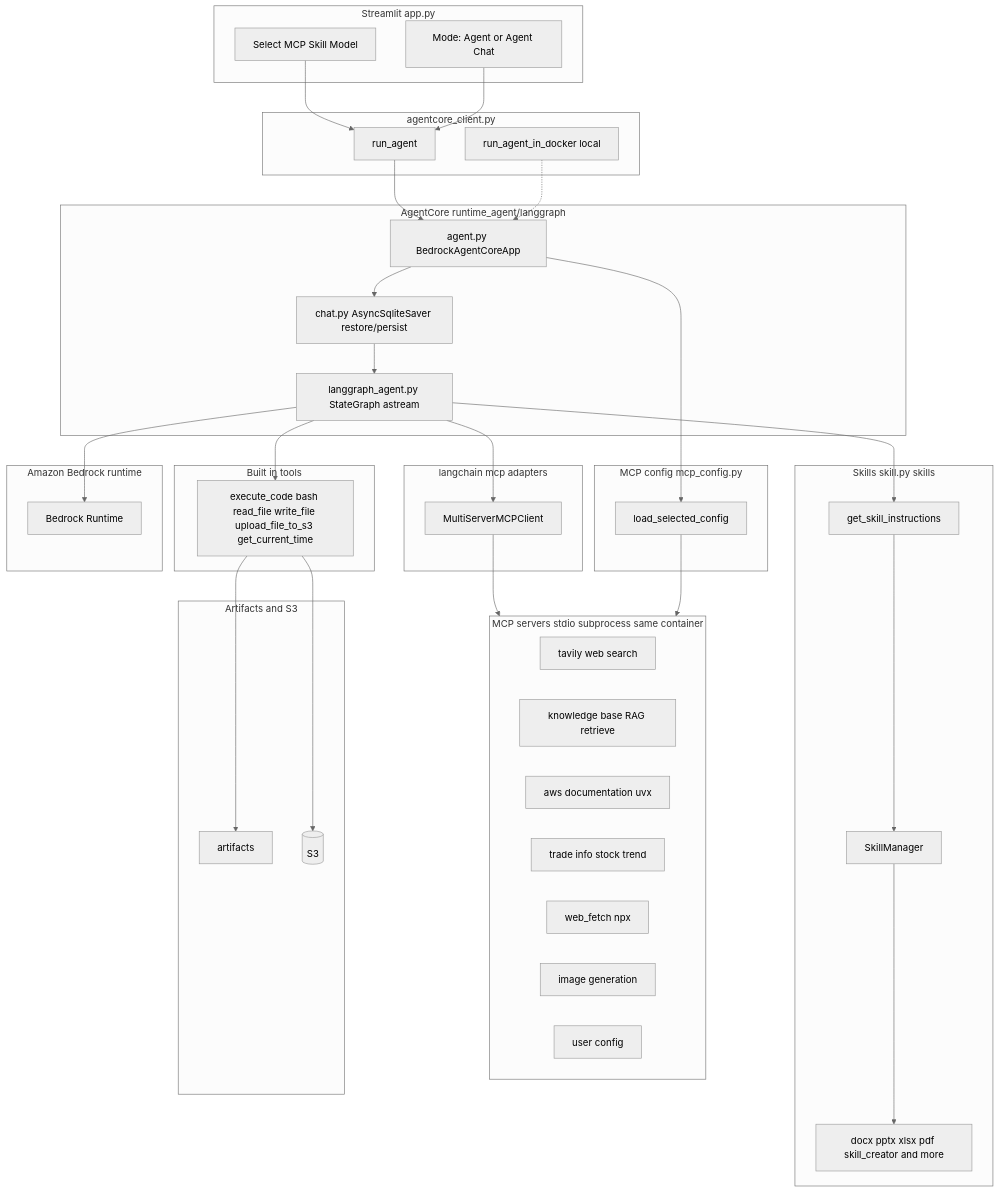
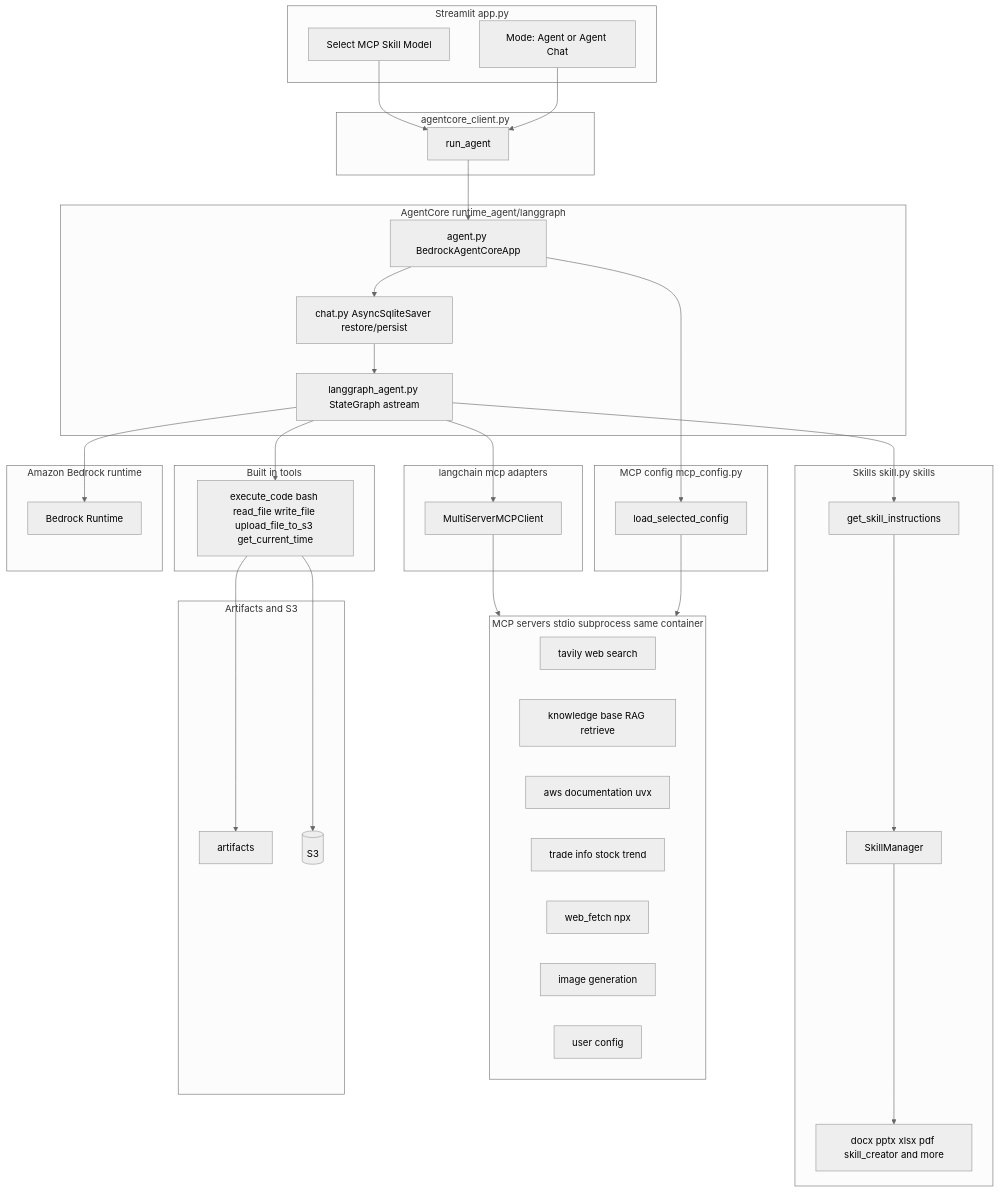
Before and after one commit to kyopark2014/agentic-work: the first of 3 diagrams in README.md, drawn with Mermaid (neutral theme). The commit also changed other lines of this file and 10 other files, not shown here.

````diff
--- a/README.md
+++ b/README.md
@@ -21,77 +21,75 @@
 ```mermaid
 flowchart TB
   subgraph UI["Streamlit app.py"]
     MODE["Mode: Agent or Agent Chat"]
     SEL["Select MCP Skill Model"]
   end
 
   subgraph Client["agentcore_client.py"]
     RA[run_agent]
-    RD["run_agent_in_docker local"]
   end
 
   subgraph Runtime["AgentCore runtime_agent/langgraph"]
     AG["agent.py BedrockAgentCoreApp"]
     CHAT["chat.py AsyncSqliteSaver restore/persist"]
     LGA["langgraph_agent.py StateGraph astream"]
   end
 
   subgraph BuiltIn["Built in tools"]
     LGB["execute_code bash read_file write_file upload_file_to_s3 get_current_time"]
   end
 
   subgraph Skills["Skills skill.py skills"]
     SKM[SkillManager]
     SKT[get_skill_instructions]
     SKD["docx pptx xlsx pdf skill_creator and more"]
   end
 
   subgraph MCPConfig["MCP config mcp_config.py"]
     LSC[load_selected_config]
   end
 
   subgraph MCPLocal["MCP servers stdio subprocess same container"]
     TV["tavily web search"]
     KB["knowledge base RAG retrieve"]
     AD["aws documentation uvx"]
     TI["trade info stock trend"]
     WF["web_fetch npx"]
     IG[image generation]
     UC["user config"]
   end
 
   subgraph MCPClient["langchain mcp adapters"]
     LGM[MultiServerMCPClient]
   end
 
   subgraph LLM["Amazon Bedrock runtime"]
     BR[Bedrock Runtime]
   end
 
   subgraph Storage["Artifacts and S3"]
     ART[artifacts]
     S3[(S3)]
   end
 
   MODE --> RA
   SEL --> RA
-  RD -.-> AG
 
   RA --> AG
   AG --> CHAT
   CHAT --> LGA
   LGA --> BR
   LGA --> LGB
   LGA --> LGM
   LGA --> SKT
 
   SKT --> SKM
   SKM --> SKD
 
   AG --> LSC
   LSC --> MCPLocal
   LGM --> MCPLocal
 
   LGB --> ART
   LGB --> S3
 ```
````
